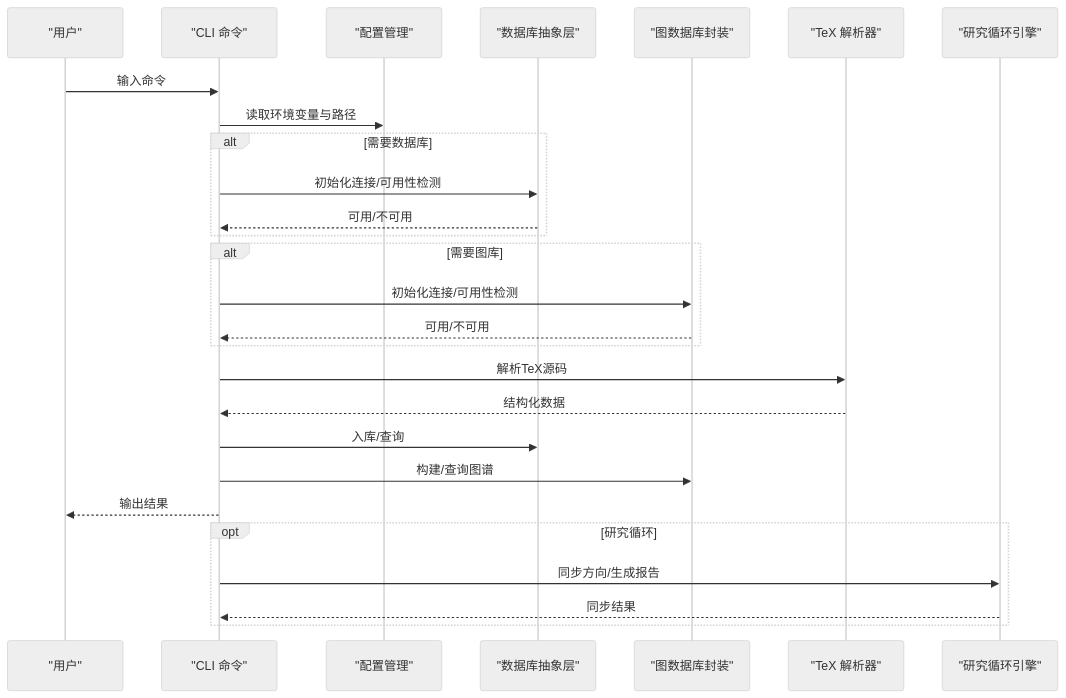
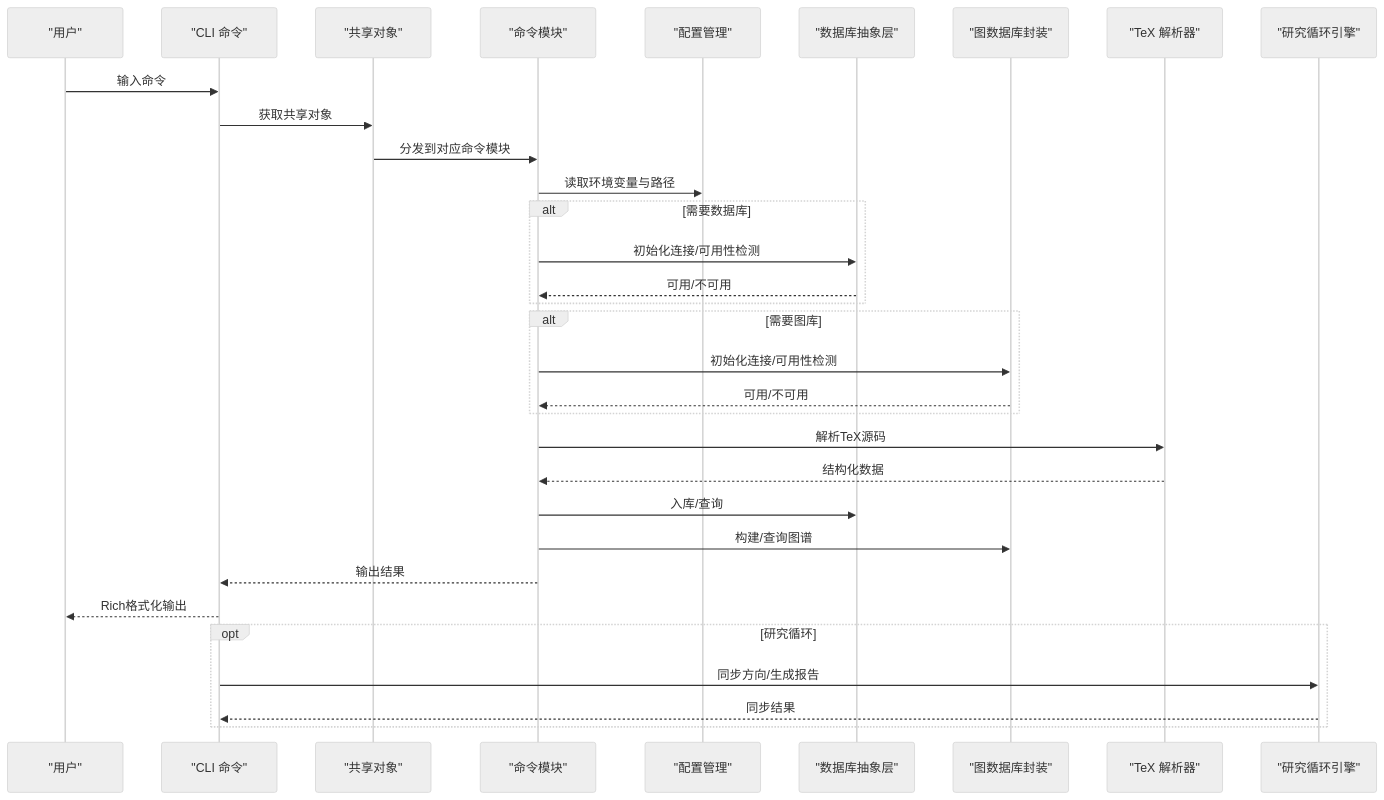
The second of 11 diagrams in .qoder/repowiki/zh/content/Python后端系统/Python后端系统.md (1173591564/academic-based-qoder), drawn with Mermaid (neutral theme) before and after one commit. The commit also changed other lines of this file and 68 other files, not shown here.

````diff
--- a/.qoder/repowiki/zh/content/Python后端系统/Python后端系统.md
+++ b/.qoder/repowiki/zh/content/Python后端系统/Python后端系统.md
@@ -119,29 +183,34 @@
 ```mermaid
 sequenceDiagram
 participant U as "用户"
 participant CLI as "CLI 命令"
+participant SHARED as "共享对象"
+participant CMD as "命令模块"
 participant CFG as "配置管理"
 participant DB as "数据库抽象层"
 participant GDB as "图数据库封装"
 participant TEX as "TeX 解析器"
 participant RL as "研究循环引擎"
 U->>CLI : 输入命令
-CLI->>CFG : 读取环境变量与路径
+CLI->>SHARED : 获取共享对象
+SHARED->>CMD : 分发到对应命令模块
+CMD->>CFG : 读取环境变量与路径
 alt 需要数据库
-CLI->>DB : 初始化连接/可用性检测
-DB-->>CLI : 可用/不可用
+CMD->>DB : 初始化连接/可用性检测
+DB-->>CMD : 可用/不可用
 end
 alt 需要图库
-CLI->>GDB : 初始化连接/可用性检测
-GDB-->>CLI : 可用/不可用
+CMD->>GDB : 初始化连接/可用性检测
+GDB-->>CMD : 可用/不可用
 end
-CLI->>TEX : 解析TeX源码
-TEX-->>CLI : 结构化数据
-CLI->>DB : 入库/查询
-CLI->>GDB : 构建/查询图谱
-CLI-->>U : 输出结果
+CMD->>TEX : 解析TeX源码
+TEX-->>CMD : 结构化数据
+CMD->>DB : 入库/查询
+CMD->>GDB : 构建/查询图谱
+CMD-->>CLI : 输出结果
+CLI-->>U : Rich格式化输出
 opt 研究循环
 CLI->>RL : 同步方向/生成报告
 RL-->>CLI : 同步结果
 end
 ```
````
